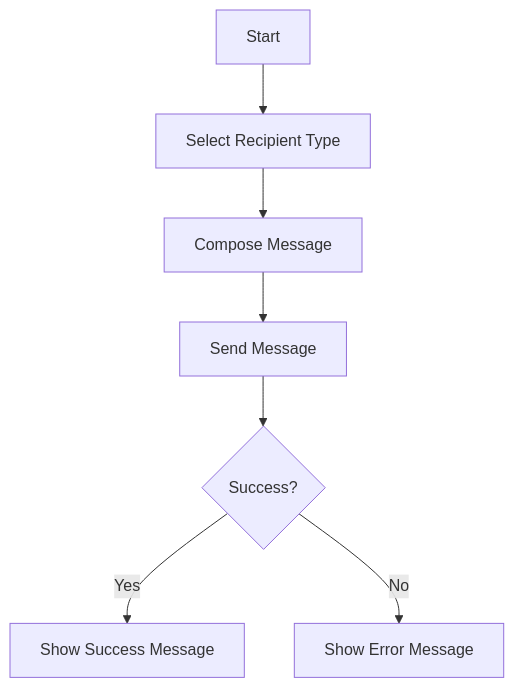
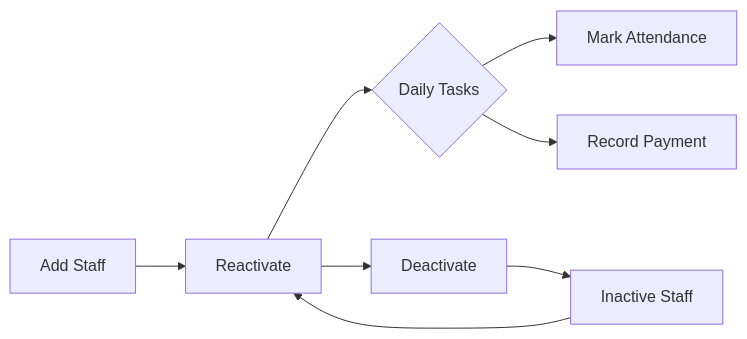
One commit to Kekniskd/worrier-fitness changed the fifth of 6 diagrams in README.md. Above: the diagram before and after it, drawn with Mermaid. The commit also changed other lines of this file, not shown here.

````diff
--- a/README.md
+++ b/README.md
@@ -83,9 +89,10 @@
 ```mermaid
-flowchart TD;
-    A[Start] --> B[Select Recipient Type]
-    B --> C[Compose Message]
-    C --> D[Send Message]
-    D --> E{Success?}
-    E -->|Yes| F[Show Success Message]
-    E -->|No| G[Show Error Message]
+flowchart LR
+    A[Add Staff] --> B[Active Staff]
+    B --> C{Daily Tasks}
+    C --> D[Mark Attendance]
+    C --> E[Record Payment]
+    B --> F[Deactivate]
+    F --> G[Inactive Staff]
+    G --> B[Reactivate]
 ```
````
